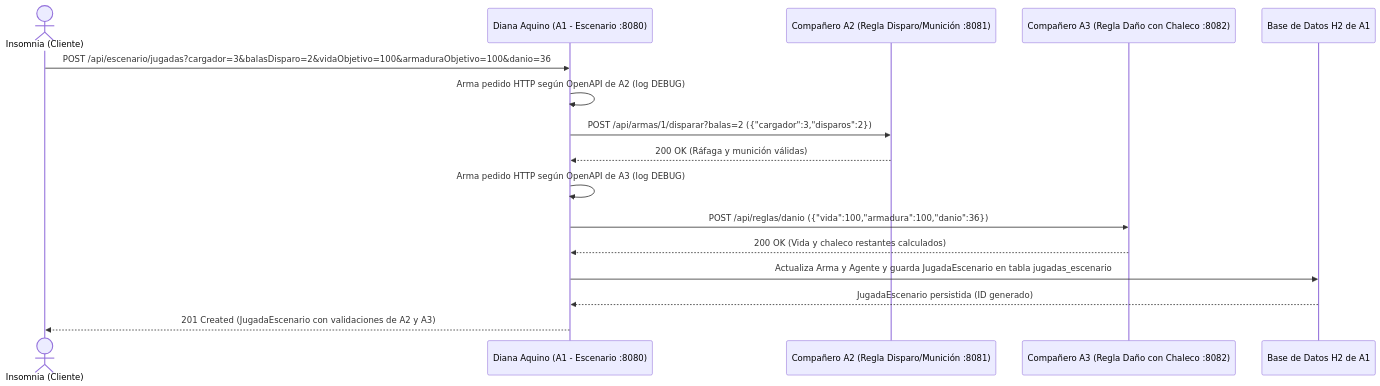
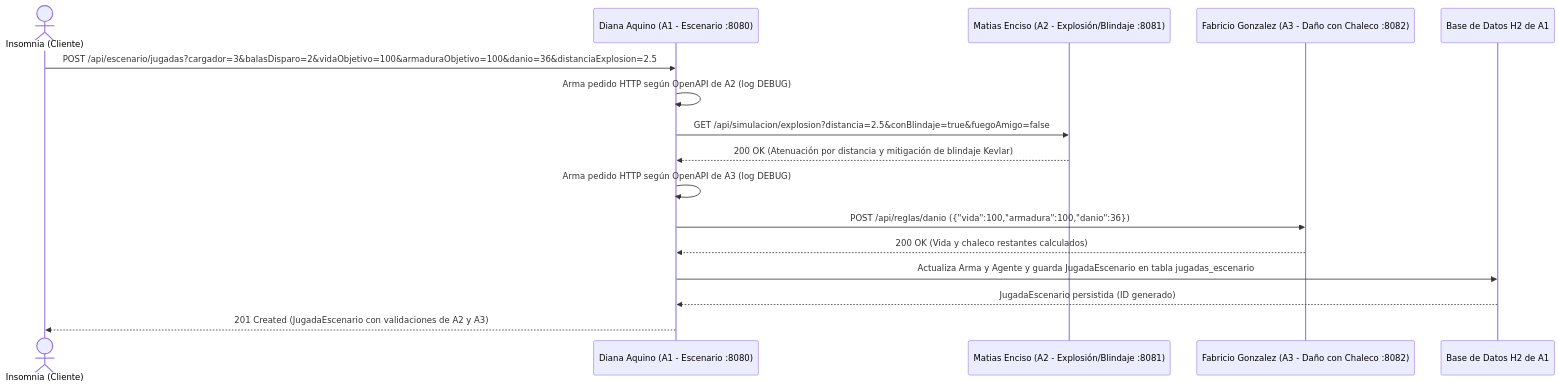
The first of 4 diagrams in README.md (dianamariapaz2104/daquino-tp-lp3-2026), drawn with Mermaid before and after one commit. The commit also changed other lines of this file and 6 other files, not shown here.

Commit message:
feat(poo09): conectar A2 con GET /api/simulacion/explosion de Matias Enciso

````diff
--- a/README.md
+++ b/README.md
@@ -81,19 +81,19 @@
 ```mermaid
 sequenceDiagram
     actor Cliente as Insomnia (Cliente)
     participant A1 as Diana Aquino (A1 - Escenario :8080)
-    participant A2 as Compañero A2 (Regla Disparo/Munición :8081)
-    participant A3 as Compañero A3 (Regla Daño con Chaleco :8082)
+    participant A2 as Matias Enciso (A2 - Explosión/Blindaje :8081)
+    participant A3 as Fabricio Gonzalez (A3 - Daño con Chaleco :8082)
     participant H2 as Base de Datos H2 de A1
 
-    Cliente->>A1: POST /api/escenario/jugadas?cargador=3&balasDisparo=2&vidaObjetivo=100&armaduraObjetivo=100&danio=36
+    Cliente->>A1: POST /api/escenario/jugadas?cargador=3&balasDisparo=2&vidaObjetivo=100&armaduraObjetivo=100&danio=36&distanciaExplosion=2.5
     A1->>A1: Arma pedido HTTP según OpenAPI de A2 (log DEBUG)
-    A1->>A2: POST /api/armas/1/disparar?balas=2 ({"cargador":3,"disparos":2})
-    A2-->>A1: 200 OK (Ráfaga y munición válidas)
+    A1->>A2: GET /api/simulacion/explosion?distancia=2.5&conBlindaje=true&fuegoAmigo=false
+    A2-->>A1: 200 OK (Atenuación por distancia y mitigación de blindaje Kevlar)
     A1->>A1: Arma pedido HTTP según OpenAPI de A3 (log DEBUG)
     A1->>A3: POST /api/reglas/danio ({"vida":100,"armadura":100,"danio":36})
     A3-->>A1: 200 OK (Vida y chaleco restantes calculados)
     A1->>H2: Actualiza Arma y Agente y guarda JugadaEscenario en tabla jugadas_escenario
     H2-->>A1: JugadaEscenario persistida (ID generado)
     A1-->>Cliente: 201 Created (JugadaEscenario con validaciones de A2 y A3)
 ```
````
